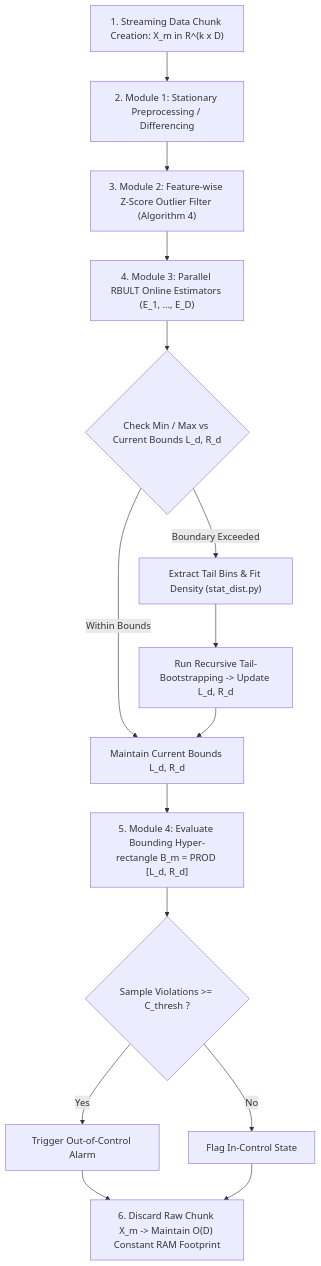
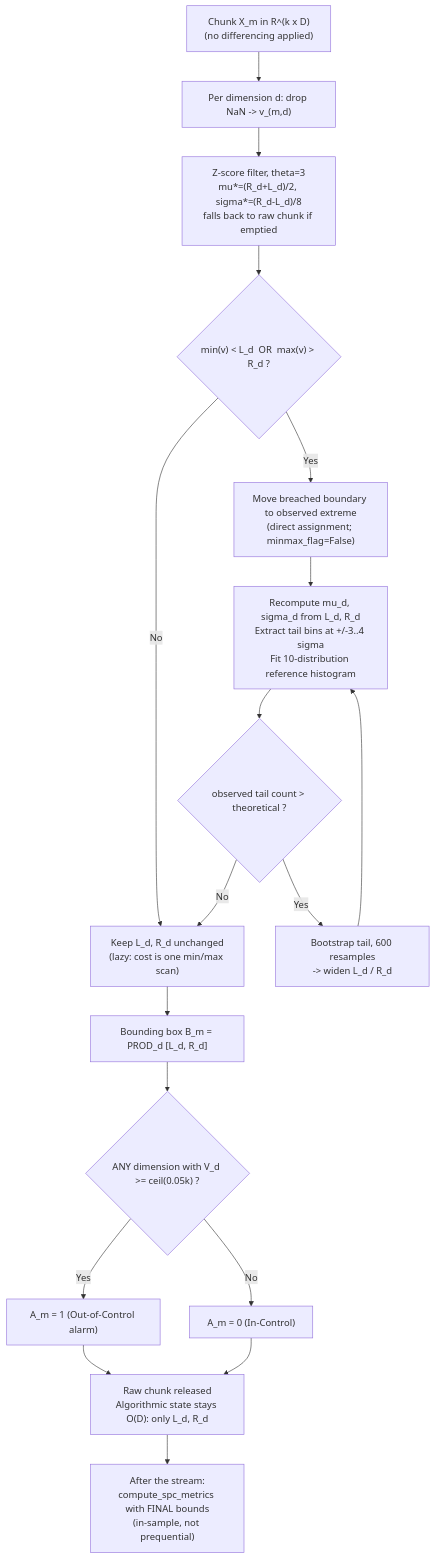
The diagram in section_experimental_results.md (Prem-jun/boostraponline_project), drawn with Mermaid before and after one commit. The commit also changed other lines of this file and 4 other files, not shown here.

````diff
--- a/section_experimental_results.md
+++ b/section_experimental_results.md
@@ -56,20 +222,23 @@
 ```mermaid
 flowchart TD
-    A["1. Streaming Data Chunk Creation: X_m in R^(k x D)"] --> B["2. Module 1: Stationary Preprocessing / Differencing"]
-    B --> C["3. Module 2: Feature-wise Z-Score Outlier Filter (Algorithm 4)"]
-    C --> D["4. Module 3: Parallel RBULT Online Estimators (E_1, ..., E_D)"]
-    
-    D --> E{Check Min / Max vs Current Bounds L_d, R_d}
-    E -- Boundary Exceeded --> F["Extract Tail Bins & Fit Density (stat_dist.py)"]
-    F --> G["Run Recursive Tail-Bootstrapping -> Update L_d, R_d"]
-    E -- Within Bounds --> H["Maintain Current Bounds L_d, R_d"]
-    G --> H
-    
-    H --> I["5. Module 4: Evaluate Bounding Hyper-rectangle B_m = PROD [L_d, R_d]"]
-    I --> J{Sample Violations >= C_thresh ?}
-    J -- Yes --> K["Trigger Out-of-Control Alarm"]
-    J -- No --> L["Flag In-Control State"]
-    
-    K --> M["6. Discard Raw Chunk X_m -> Maintain O(D) Constant RAM Footprint"]
+    A["Chunk X_m in R^(k x D)<br/>(no differencing applied)"] --> B["Per dimension d: drop NaN -> v_(m,d)"]
+    B --> C["Z-score filter, theta=3<br/>mu*=(R_d+L_d)/2, sigma*=(R_d-L_d)/8<br/>falls back to raw chunk if emptied"]
+    C --> D{"min(v) &lt; L_d  OR  max(v) &gt; R_d ?"}
+
+    D -- No --> H["Keep L_d, R_d unchanged<br/>(lazy: cost is one min/max scan)"]
+    D -- Yes --> E["Move breached boundary to observed extreme<br/>(direct assignment; minmax_flag=False)"]
+    E --> F["Recompute mu_d, sigma_d from L_d, R_d<br/>Extract tail bins at +/-3..4 sigma<br/>Fit 10-distribution reference histogram"]
+    F --> G{"observed tail count &gt; theoretical ?"}
+    G -- Yes --> G2["Bootstrap tail, 600 resamples<br/>-> widen L_d / R_d"]
+    G2 --> F
+    G -- No --> H
+
+    H --> I["Bounding box B_m = PROD_d [L_d, R_d]"]
+    I --> J{"ANY dimension with V_d &gt;= ceil(0.05k) ?"}
+    J -- Yes --> K["A_m = 1 (Out-of-Control alarm)"]
+    J -- No --> L["A_m = 0 (In-Control)"]
+
+    K --> M["Raw chunk released<br/>Algorithmic state stays O(D): only L_d, R_d"]
     L --> M
+    M --> N["After the stream:<br/>compute_spc_metrics with FINAL bounds<br/>(in-sample, not prequential)"]
 ```
````
